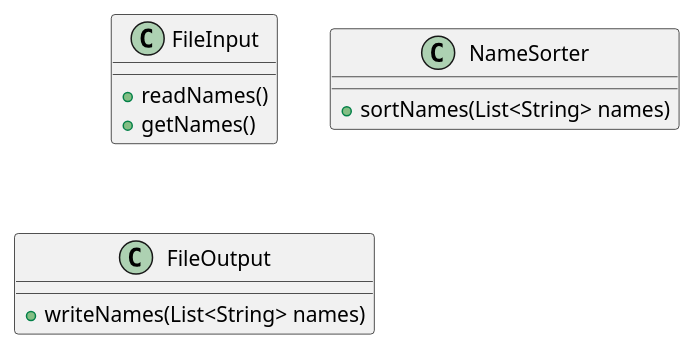
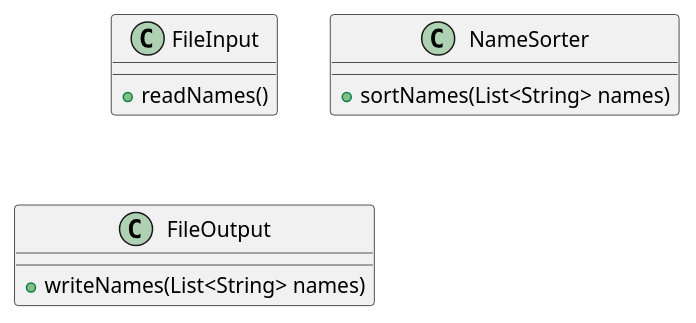
One commit to BlakeLoch/lochmandy-a04 changed the diagram in exercise41/docs/ClassDiagram.puml. Above: the diagram before and after it, drawn with PlantUML. The commit also changed 1 other file, not shown here.

Commit message:
Adjust PlantUML Class Diagram

```diff
--- a/exercise41/docs/ClassDiagram.puml
+++ b/exercise41/docs/ClassDiagram.puml
@@ -1,17 +1,16 @@
 @startuml
 
 class FileInput {
   +readNames()
-  +getNames()
 }
 
 class NameSorter {
   +sortNames(List<String> names)
 }
 
 class FileOutput {
   +writeNames(List<String> names)
 }
 
 
 @enduml
```
